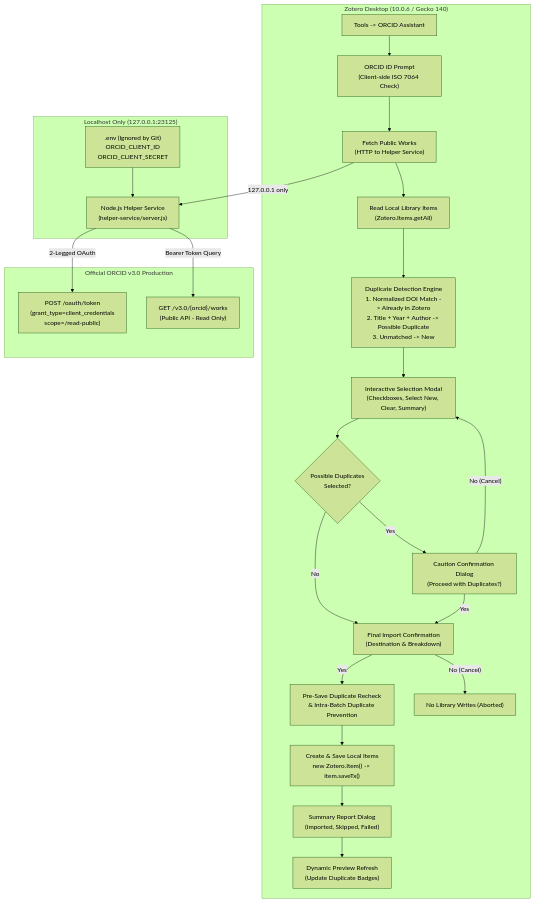
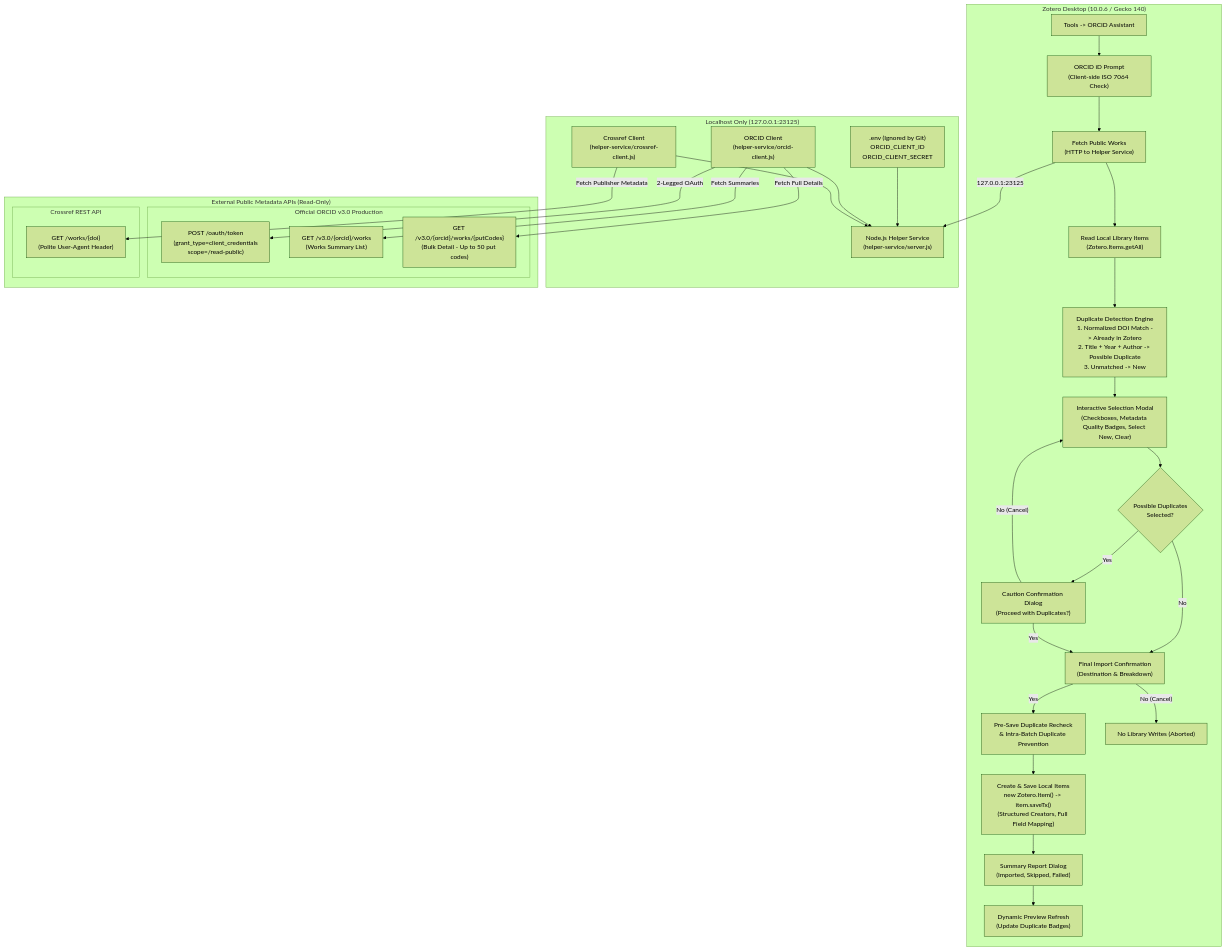
The diagram in README.md (manavgarg-source3/ORCID-Assistant-for-Zotero-7), drawn with Mermaid (forest theme) before and after one commit. The commit also changed other lines of this file and 6 other files, not shown here.

Commit message:
Implement Step 4.1: Robust bibliographic metadata enrichment, Crossref integration, and reliable Zotero item mapping

````diff
--- a/README.md
+++ b/README.md
@@ -24,34 +21,44 @@
 ```mermaid
 flowchart TD
     subgraph ZoteroApp["Zotero Desktop (10.0.6 / Gecko 140)"]
         Menu["Tools -> ORCID Assistant"] --> Prompt["ORCID iD Prompt\n(Client-side ISO 7064 Check)"]
         Prompt --> FetchWorks["Fetch Public Works\n(HTTP to Helper Service)"]
         FetchWorks --> LocalLib["Read Local Library Items\n(Zotero.Items.getAll)"]
         LocalLib --> DupDetection["Duplicate Detection Engine\n1. Normalized DOI Match -> Already in Zotero\n2. Title + Year + Author -> Possible Duplicate\n3. Unmatched -> New"]
-        DupDetection --> Modal["Interactive Selection Modal\n(Checkboxes, Select New, Clear, Summary)"]
+        DupDetection --> Modal["Interactive Selection Modal\n(Checkboxes, Metadata Quality Badges, Select New, Clear)"]
         Modal --> ConfirmDup{"Possible Duplicates\nSelected?"}
         ConfirmDup -- Yes --> PromptDup["Caution Confirmation Dialog\n(Proceed with Duplicates?)"]
         ConfirmDup -- No --> ConfirmFinal["Final Import Confirmation\n(Destination & Breakdown)"]
         PromptDup -- Yes --> ConfirmFinal
         PromptDup -- No (Cancel) --> Modal
         ConfirmFinal -- Yes --> PreSaveCheck["Pre-Save Duplicate Recheck\n& Intra-Batch Duplicate Prevention"]
         ConfirmFinal -- No (Cancel) --> Abort["No Library Writes (Aborted)"]
-        PreSaveCheck --> ZoteroCreate["Create & Save Local Items\nnew Zotero.Item() -> item.saveTx()"]
+        PreSaveCheck --> ZoteroCreate["Create & Save Local Items\nnew Zotero.Item() -> item.saveTx()\n(Structured Creators, Full Field Mapping)"]
         ZoteroCreate --> Report["Summary Report Dialog\n(Imported, Skipped, Failed)"]
         Report --> Refresh["Dynamic Preview Refresh\n(Update Duplicate Badges)"]
     end
 
     subgraph HostService["Localhost Only (127.0.0.1:23125)"]
         Helper["Node.js Helper Service\n(helper-service/server.js)"]
         Env[".env (Ignored by Git)\nORCID_CLIENT_ID\nORCID_CLIENT_SECRET"] --> Helper
+        OrcidClient["ORCID Client\n(helper-service/orcid-client.js)"] --> Helper
+        CrossrefClient["Crossref Client\n(helper-service/crossref-client.js)"] --> Helper
     end
 
-    subgraph ORCIDReg["Official ORCID v3.0 Production"]
-        TokenEndpoint["POST /oauth/token\n(grant_type=client_credentials\nscope=/read-public)"]
-        WorksEndpoint["GET /v3.0/{orcid}/works\n(Public API - Read Only)"]
+    subgraph ExternalAPIs["External Public Metadata APIs (Read-Only)"]
+        subgraph ORCIDReg["Official ORCID v3.0 Production"]
+            TokenEndpoint["POST /oauth/token\n(grant_type=client_credentials\nscope=/read-public)"]
+            WorksSummary["GET /v3.0/{orcid}/works\n(Works Summary List)"]
+            WorksDetail["GET /v3.0/{orcid}/works/{putCodes}\n(Bulk Detail - Up to 50 put codes)"]
+        end
+        subgraph CrossrefAPI["Crossref REST API"]
+            CrossrefEndpoint["GET /works/{doi}\n(Polite User-Agent Header)"]
+        end
     end
 
-    FetchWorks -- "127.0.0.1 only" --> Helper
-    Helper -- "2-Legged OAuth" --> TokenEndpoint
-    Helper -- "Bearer Token Query" --> WorksEndpoint
+    FetchWorks -- "127.0.0.1:23125" --> Helper
+    OrcidClient -- "2-Legged OAuth" --> TokenEndpoint
+    OrcidClient -- "Fetch Summaries" --> WorksSummary
+    OrcidClient -- "Fetch Full Details" --> WorksDetail
+    CrossrefClient -- "Fetch Publisher Metadata" --> CrossrefEndpoint
 ```
````
